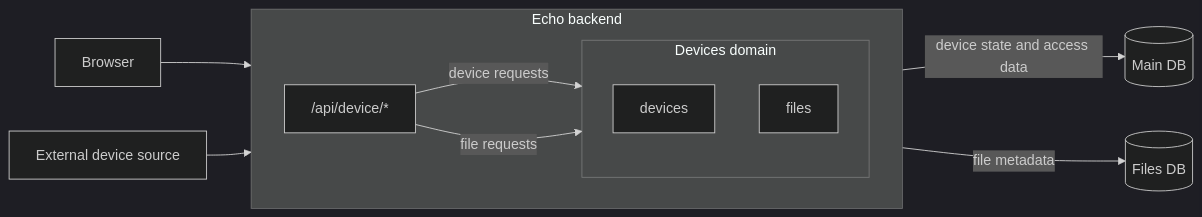
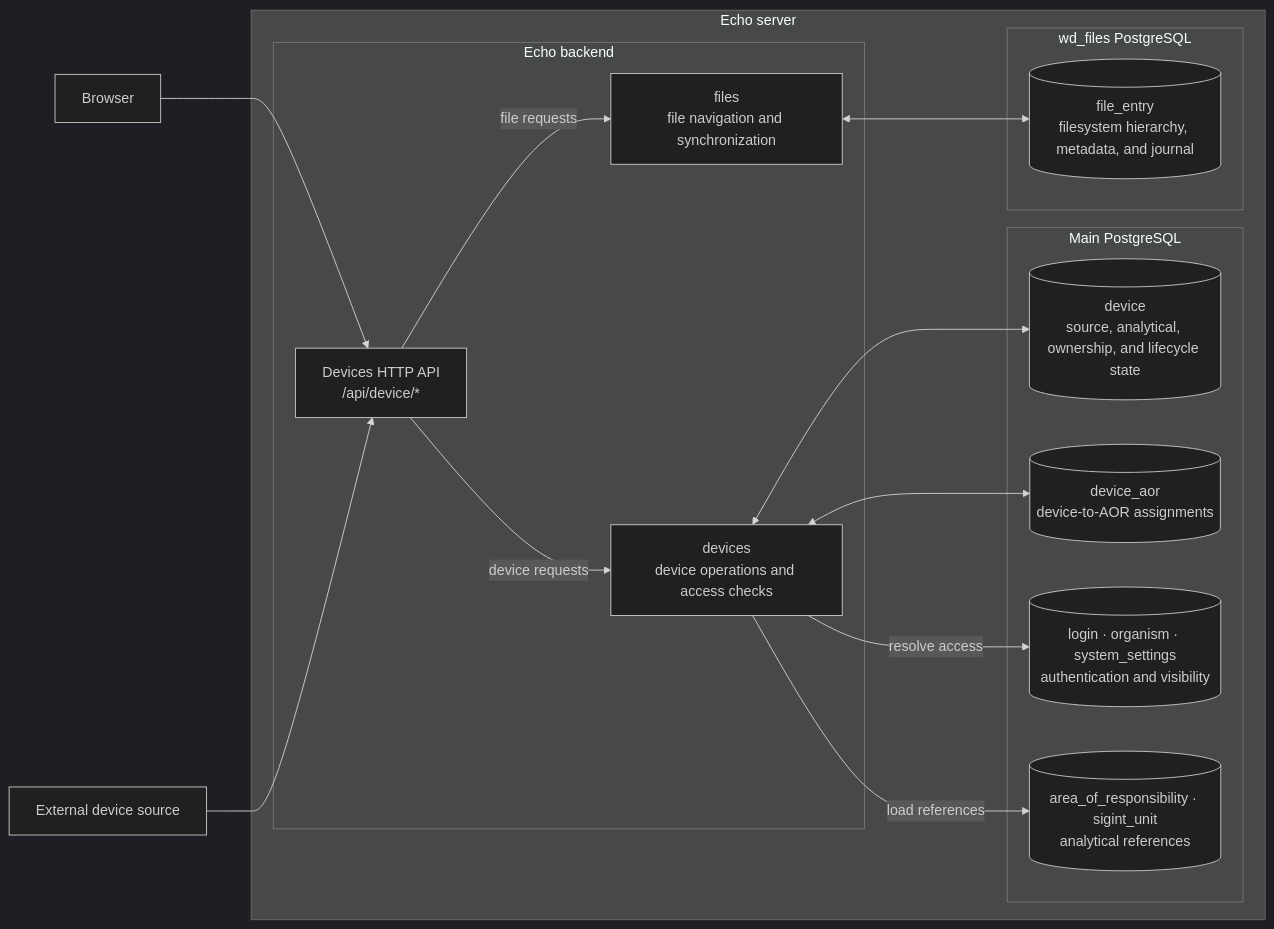
The first of 3 diagrams in archive/2026-07-29-devices/README.md (murczyk/echo), drawn with Mermaid (dark theme) before and after one commit. The commit also changed other lines of this file, not shown here.

Commit message:
edit devices diagrams

````diff
--- a/archive/2026-07-29-devices/README.md
+++ b/archive/2026-07-29-devices/README.md
@@ -35,27 +35,35 @@
 ```mermaid
 flowchart LR
     Browser["Browser"]
     ExternalSource["External device source"]
 
-    subgraph Backend["Echo backend"]
-        direction LR
-        API["/api/device/*"]
+    subgraph Host["Echo server"]
+        subgraph Backend["Echo backend"]
+            API["Devices HTTP API<br/>/api/device/*"]
+            Devices["devices<br/>device operations and access checks"]
+            Files["files<br/>file navigation and synchronization"]
+        end
 
-        subgraph DevicesDomain["Devices domain"]
-            direction TB
-            Devices["devices<br/>"]
-            Files["files<br/>"]
+        subgraph MainPostgreSQL["Main PostgreSQL"]
+            DeviceTable[("device<br/>source, analytical, ownership, and lifecycle state")]
+            DeviceAorTable[("device_aor<br/>device-to-AOR assignments")]
+            AccessTables[("login · organism · system_settings<br/>authentication and visibility")]
+            SigintTables[("area_of_responsibility · sigint_unit<br/>analytical references")]
+        end
+
+        subgraph FileRegistryPostgreSQL["wd_files PostgreSQL"]
+            FileEntryTable[("file_entry<br/>filesystem hierarchy, metadata, and journal")]
         end
 
         API -->|"device requests"| Devices
         API -->|"file requests"| Files
+        Devices <--> DeviceTable
+        Devices <--> DeviceAorTable
+        Devices -->|"resolve access"| AccessTables
+        Devices -->|"load references"| SigintTables
+        Files <--> FileEntryTable
     end
-
-    MainDatabase[("Main DB")]
-    FileRegistryDatabase[("Files DB")]
 
     Browser --> API
     ExternalSource --> API
-    Devices -->|"device state and access data"| MainDatabase
-    Files -->|"file metadata"| FileRegistryDatabase
 ```
````
